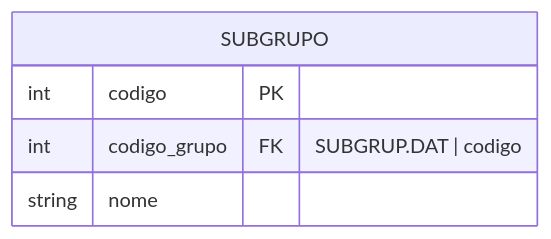
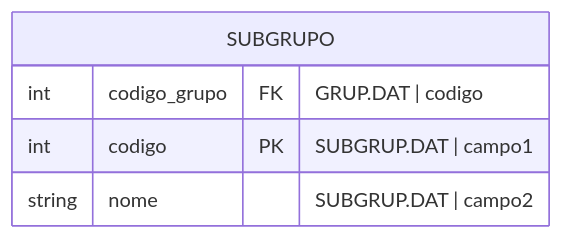
The diagram in Módulos/Estoque/Entidade/Subgrupo (SUBGRUP.DAT).md (Nicolas-CustomCode/refactor-hospital-maternidade), drawn with Mermaid before and after one commit. The commit also changed other lines of this file and 9 other files, not shown here.

````diff
--- a/Módulos/Estoque/Entidade/Subgrupo (SUBGRUP.DAT).md
+++ b/Módulos/Estoque/Entidade/Subgrupo (SUBGRUP.DAT).md
@@ -9,8 +9,8 @@
 ```mermaid
 erDiagram
 SUBGRUPO {
-	int codigo PK
-	int codigo_grupo FK "SUBGRUP.DAT | codigo"
-	string nome
+	int codigo_grupo FK "GRUP.DAT | codigo"
+	int codigo PK "SUBGRUP.DAT | campo1"
+	string nome "SUBGRUP.DAT | campo2"
 }
 ```
````
